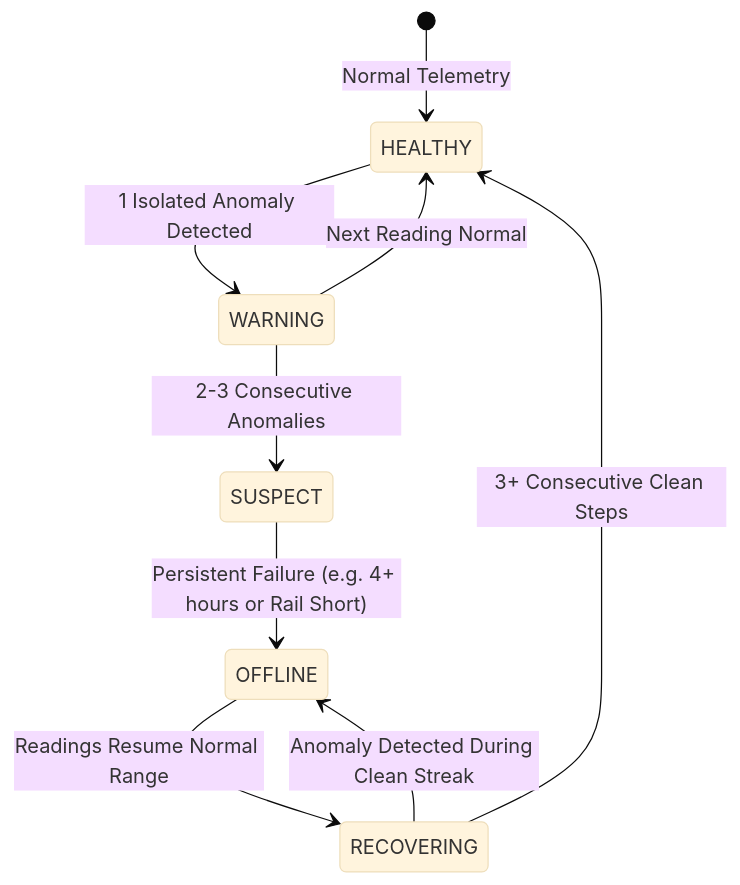
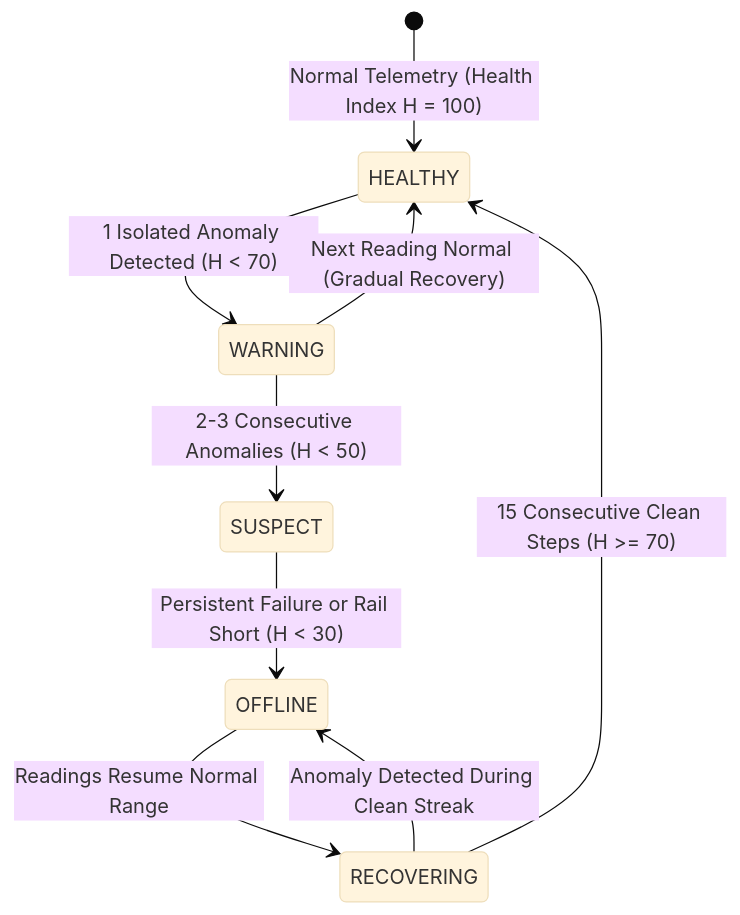
The second of 2 diagrams in README.md (inf-pranjal-01/HELL-TO-SKY), drawn with Mermaid (base theme) before and after one commit. The commit also changed other lines of this file and 9 other files, not shown here.

Commit message:
feat(docs): update README architecture diagram, 60k benchmark metrics, GCP trial deployment, and official doc links

````diff
--- a/README.md
+++ b/README.md
@@ -313,11 +364,11 @@
 ```mermaid
 stateDiagram-v2
-    [*] --> HEALTHY: Normal Telemetry
-    HEALTHY --> WARNING: 1 Isolated Anomaly Detected
-    WARNING --> HEALTHY: Next Reading Normal
-    WARNING --> SUSPECT: 2-3 Consecutive Anomalies
-    SUSPECT --> OFFLINE: Persistent Failure (e.g. 4+ hours or Rail Short)
+    [*] --> HEALTHY: Normal Telemetry (Health Index H = 100)
+    HEALTHY --> WARNING: 1 Isolated Anomaly Detected (H < 70)
+    WARNING --> HEALTHY: Next Reading Normal (Gradual Recovery)
+    WARNING --> SUSPECT: 2-3 Consecutive Anomalies (H < 50)
+    SUSPECT --> OFFLINE: Persistent Failure or Rail Short (H < 30)
     OFFLINE --> RECOVERING: Readings Resume Normal Range
-    RECOVERING --> HEALTHY: 3+ Consecutive Clean Steps
+    RECOVERING --> HEALTHY: 15 Consecutive Clean Steps (H >= 70)
     RECOVERING --> OFFLINE: Anomaly Detected During Clean Streak
 ```
````
